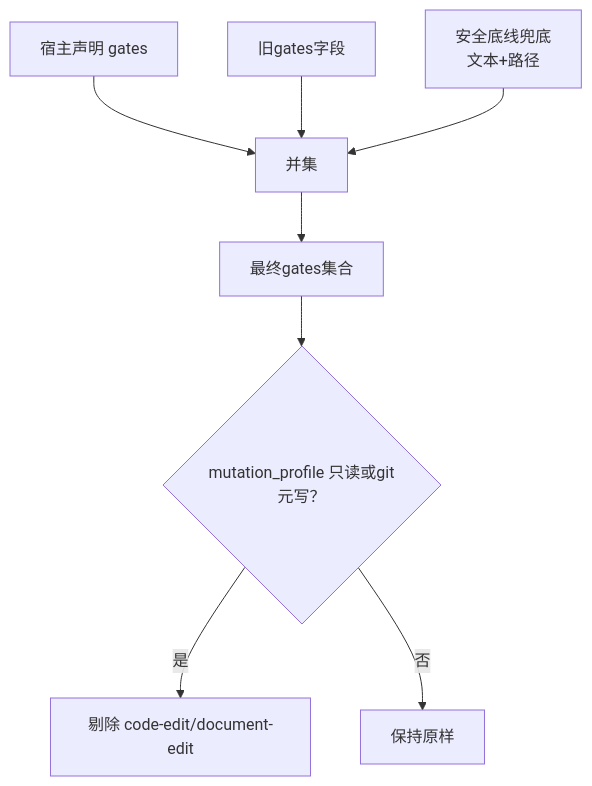
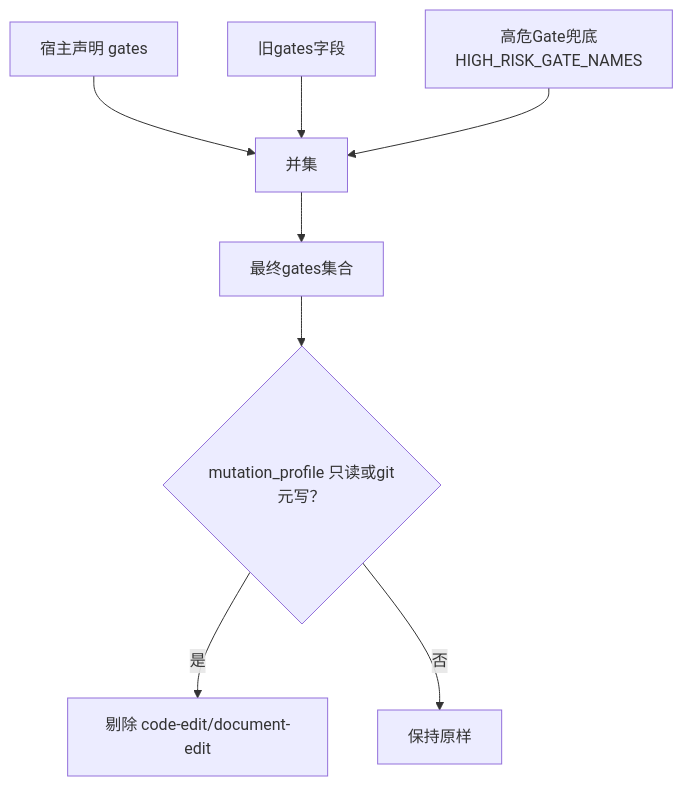
The third of 4 diagrams in .qoder/repowiki/zh/content/核心概念/风险门控系统/Gate决策模式.md (HackSing/docs-harness), drawn with Mermaid before and after one commit. The commit also changed other lines of this file and 26 other files, not shown here.

````diff
--- a/.qoder/repowiki/zh/content/核心概念/风险门控系统/Gate决策模式.md
+++ b/.qoder/repowiki/zh/content/核心概念/风险门控系统/Gate决策模式.md
@@ -185,10 +192,10 @@
 ```mermaid
 flowchart TD
 A["宿主声明 gates"] --> U["并集"]
 B["旧gates字段"] --> U
-C["安全底线兜底<br/>文本+路径"] --> U
+C["高危Gate兜底<br/>HIGH_RISK_GATE_NAMES"] --> U
 U --> V["最终gates集合"]
 V --> W{"mutation_profile 只读或git元写？"}
 W --> |是| X["剔除 code-edit/document-edit"]
 W --> |否| Y["保持原样"]
 ```
````
